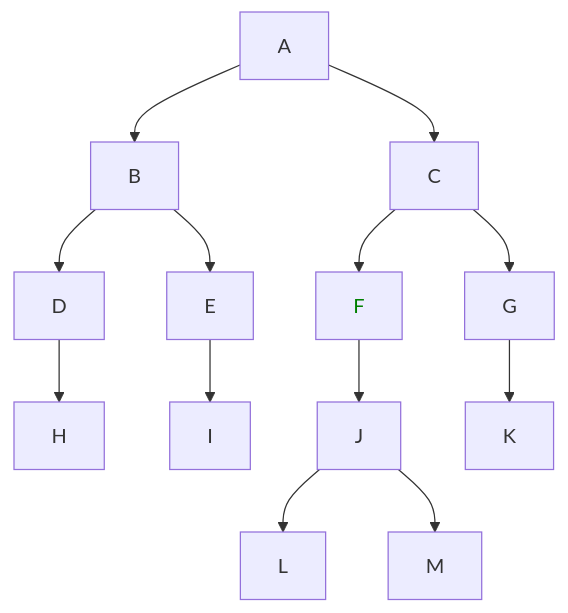
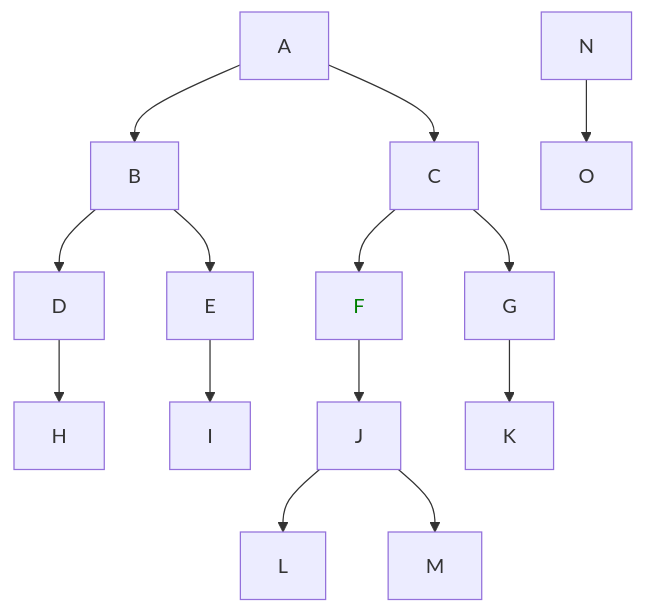
The second of 6 diagrams in doc/UseCaseScenarios.md (bringauto/packager), drawn with Mermaid before and after one commit. The commit also changed other lines of this file and 1 other file, not shown here.

````diff
--- a/doc/UseCaseScenarios.md
+++ b/doc/UseCaseScenarios.md
@@ -59,18 +59,20 @@
 ```mermaid
 graph TD
     A
     A --> B
     A --> C
     B --> D
     B --> E
     C --> F
     C --> G
     D --> H
     E --> I
     F --> J
     G --> K
     J --> L
     J --> M
+    N
+    N --> O
 
     style F color:green;
 ```
````
